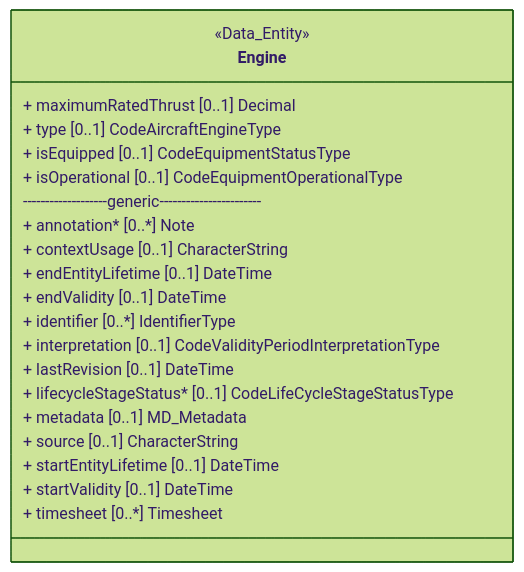
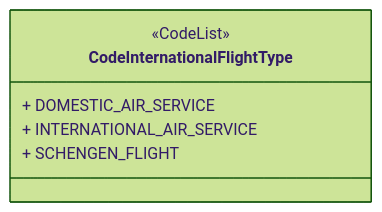
Before and after one commit to hlepori/testAIRM: diagram 17 of 55 in README.md, drawn with Mermaid (forest theme). The commit also changed other lines of this file, not shown here.

````diff
--- a/README.md
+++ b/README.md
@@ -415,24 +454,9 @@
 ```mermaid	
 classDiagram	
-class Engine	
-<<Data_Entity>> Engine	
-link Engine "https://airm.aero/developers/advanced-search/1.0.0/Engine?model=LogicalModel" "Go to definition"	
-Engine : + maximumRatedThrust [0..1] Decimal	
-Engine : + type [0..1] CodeAircraftEngineType	
-Engine : + isEquipped [0..1] CodeEquipmentStatusType	
-Engine : + isOperational [0..1] CodeEquipmentOperationalType	
-Engine: -------------------generic-----------------------	
-Engine : + annotation* [0..*] Note	
-Engine : + contextUsage [0..1] CharacterString	
-Engine : + endEntityLifetime [0..1] DateTime	
-Engine : + endValidity [0..1] DateTime	
-Engine : + identifier [0..*] IdentifierType	
-Engine : + interpretation [0..1] CodeValidityPeriodInterpretationType	
-Engine : + lastRevision [0..1] DateTime	
-Engine : + lifecycleStageStatus* [0..1] CodeLifeCycleStageStatusType	
-Engine : + metadata [0..1] MD_Metadata	
-Engine : + source [0..1] CharacterString	
-Engine : + startEntityLifetime [0..1] DateTime	
-Engine : + startValidity [0..1] DateTime	
-Engine : + timesheet [0..*] Timesheet	
+class CodeInternationalFlightType	
+<<CodeList>> CodeInternationalFlightType	
+link CodeInternationalFlightType "https://airm.aero/developers/advanced-search/1.0.0/CodeInternationalFlightType?model=LogicalModel" "Go to definition"	
+CodeInternationalFlightType : + DOMESTIC_AIR_SERVICE	
+CodeInternationalFlightType : + INTERNATIONAL_AIR_SERVICE	
+CodeInternationalFlightType : + SCHENGEN_FLIGHT	
 ```	
````
